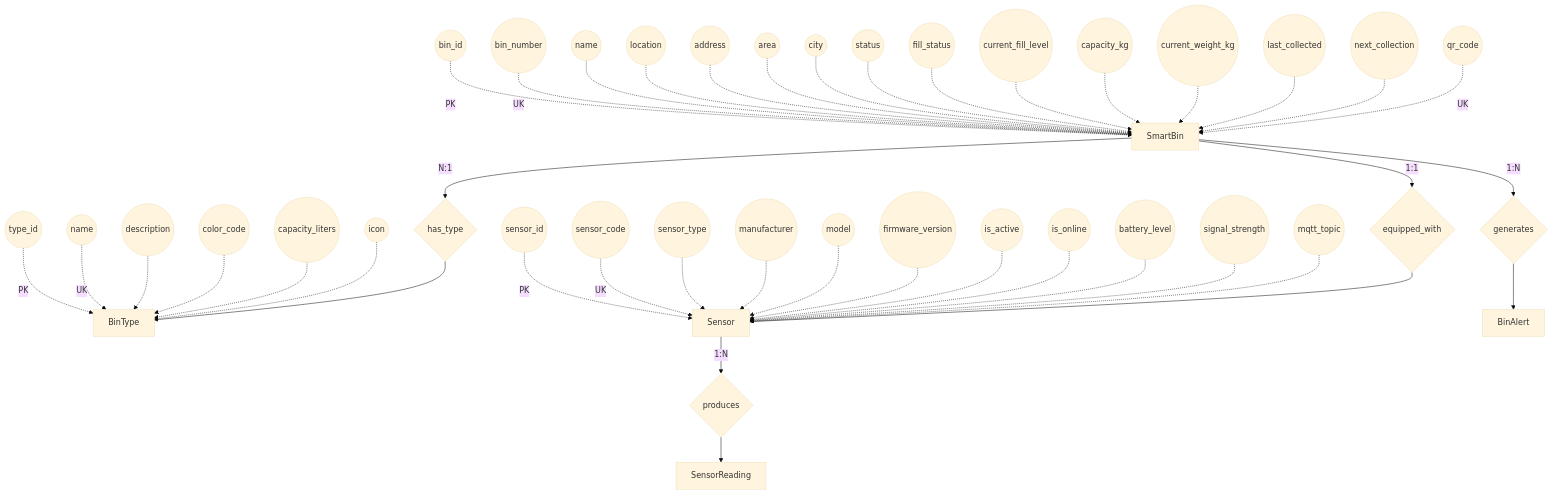
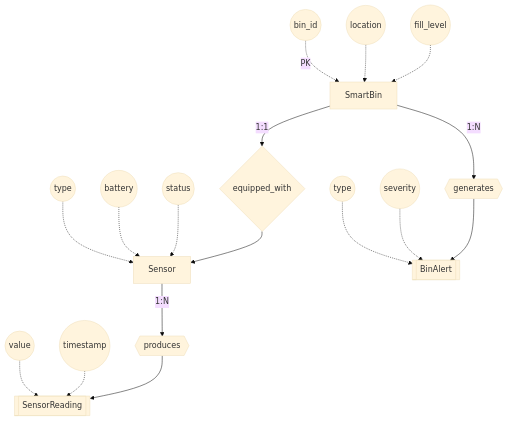
Before and after one commit to Ellis-Ayikwei/waste-wise: the fourth of 8 diagrams in documentation/wasgo-erd.md, drawn with Mermaid (base theme). The commit also changed other lines of this file, not shown here.

Commit message:
Refactor ERD documentation to high-level conceptual view with simplified diagrams

````diff
--- a/documentation/wasgo-erd.md
+++ b/documentation/wasgo-erd.md
@@ -158,93 +220,44 @@
 ```mermaid
 graph TB
-    %% Entities
+    %% IOT ENTITIES
     SmartBin[SmartBin]
-    BinType[BinType]
-    Sensor[Sensor]
-    SensorReading[SensorReading]
-    BinAlert[BinAlert]
-    
-    %% SmartBin Attributes
     bin_id((bin_id))
-    bin_number((bin_number))
-    bin_name((name))
-    location((location))
-    bin_address((address))
-    area((area))
-    bin_city((city))
-    status((status))
-    fill_status((fill_status))
-    current_fill_level((current_fill_level))
-    capacity_kg((capacity_kg))
-    current_weight_kg((current_weight_kg))
-    last_collected((last_collected))
-    next_collection((next_collection))
-    qr_code((qr_code))
+    bin_location((location))
+    bin_fill_level((fill_level))
     
     bin_id -.->|PK| SmartBin
-    bin_number -.->|UK| SmartBin
-    bin_name -.-> SmartBin
-    location -.-> SmartBin
-    bin_address -.-> SmartBin
-    area -.-> SmartBin
-    bin_city -.-> SmartBin
-    status -.-> SmartBin
-    fill_status -.-> SmartBin
-    current_fill_level -.-> SmartBin
-    capacity_kg -.-> SmartBin
-    current_weight_kg -.-> SmartBin
-    last_collected -.-> SmartBin
-    next_collection -.-> SmartBin
-    qr_code -.->|UK| SmartBin
+    bin_location -.-> SmartBin
+    bin_fill_level -.-> SmartBin
     
-    %% BinType Attributes
-    type_id((type_id))
-    type_name((name))
-    description((description))
-    color_code((color_code))
-    capacity_liters((capacity_liters))
-    icon((icon))
+    Sensor[Sensor]
+    sensor_type((type))
+    sensor_battery((battery))
+    sensor_status((status))
     
-    type_id -.->|PK| BinType
-    type_name -.->|UK| BinType
-    description -.-> BinType
-    color_code -.-> BinType
-    capacity_liters -.-> BinType
-    icon -.-> BinType
+    sensor_type -.-> Sensor
+    sensor_battery -.-> Sensor
+    sensor_status -.-> Sensor
     
-    %% Sensor Attributes
-    sensor_id((sensor_id))
-    sensor_code((sensor_code))
-    sensor_type((sensor_type))
-    manufacturer((manufacturer))
-    model((model))
-    firmware_version((firmware_version))
-    is_active((is_active))
-    is_online((is_online))
-    battery_level((battery_level))
-    signal_strength((signal_strength))
-    mqtt_topic((mqtt_topic))
+    SensorReading[[SensorReading]]
+    reading_value((value))
+    reading_time((timestamp))
     
-    sensor_id -.->|PK| Sensor
-    sensor_code -.->|UK| Sensor
-    sensor_type -.-> Sensor
-    manufacturer -.-> Sensor
-    model -.-> Sensor
-    firmware_version -.-> Sensor
-    is_active -.-> Sensor
-    is_online -.-> Sensor
-    battery_level -.-> Sensor
-    signal_strength -.-> Sensor
-    mqtt_topic -.-> Sensor
+    reading_value -.-> SensorReading
+    reading_time -.-> SensorReading
     
-    %% Relationships
-    has_type{has_type}
+    BinAlert[[BinAlert]]
+    alert_type((type))
+    alert_severity((severity))
+    
+    alert_type -.-> BinAlert
+    alert_severity -.-> BinAlert
+    
+    %% IOT RELATIONSHIPS
     equipped_with{equipped_with}
-    generates{generates}
-    produces{produces}
+    produces{{produces}}
+    generates{{generates}}
     
-    SmartBin -->|N:1| has_type --> BinType
     SmartBin -->|1:1| equipped_with --> Sensor
+    Sensor -->|1:N| produces --> SensorReading
     SmartBin -->|1:N| generates --> BinAlert
-    Sensor -->|1:N| produces --> SensorReading
 ```
````
